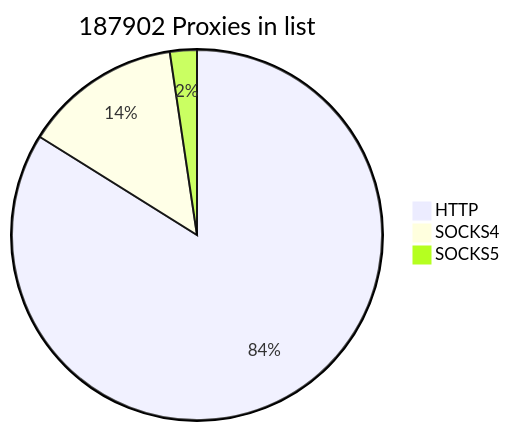
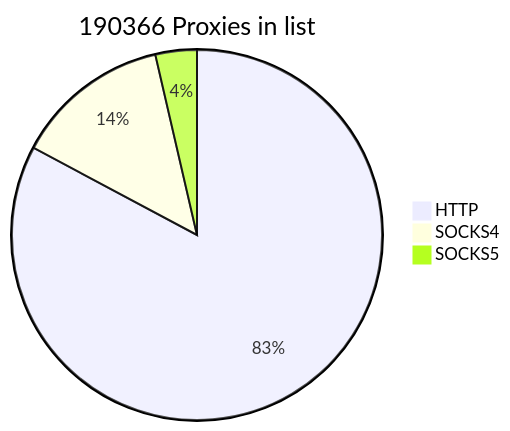
Before and after one commit to cutipu/proxylist: the first of 2 diagrams in README.md, drawn with Mermaid. The commit also changed other lines of this file, not shown here.

````diff
--- a/README.md
+++ b/README.md
@@ -2,7 +2,7 @@
 ```mermaid
-pie title 187902 Proxies in list
-    "HTTP" : 157619
+pie title 190366 Proxies in list
+    "HTTP" : 157620
     "SOCKS4" : 25862
-    "SOCKS5" : 4421
+    "SOCKS5" : 6884
             
 ```
````
